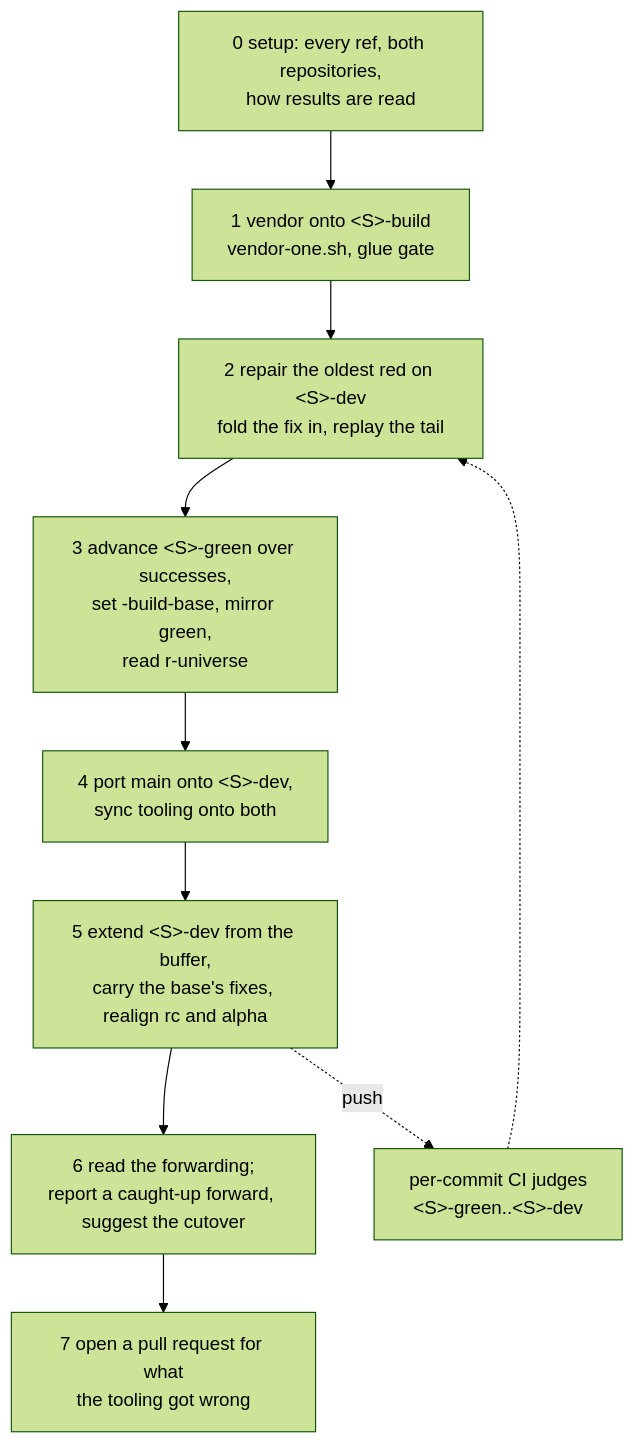
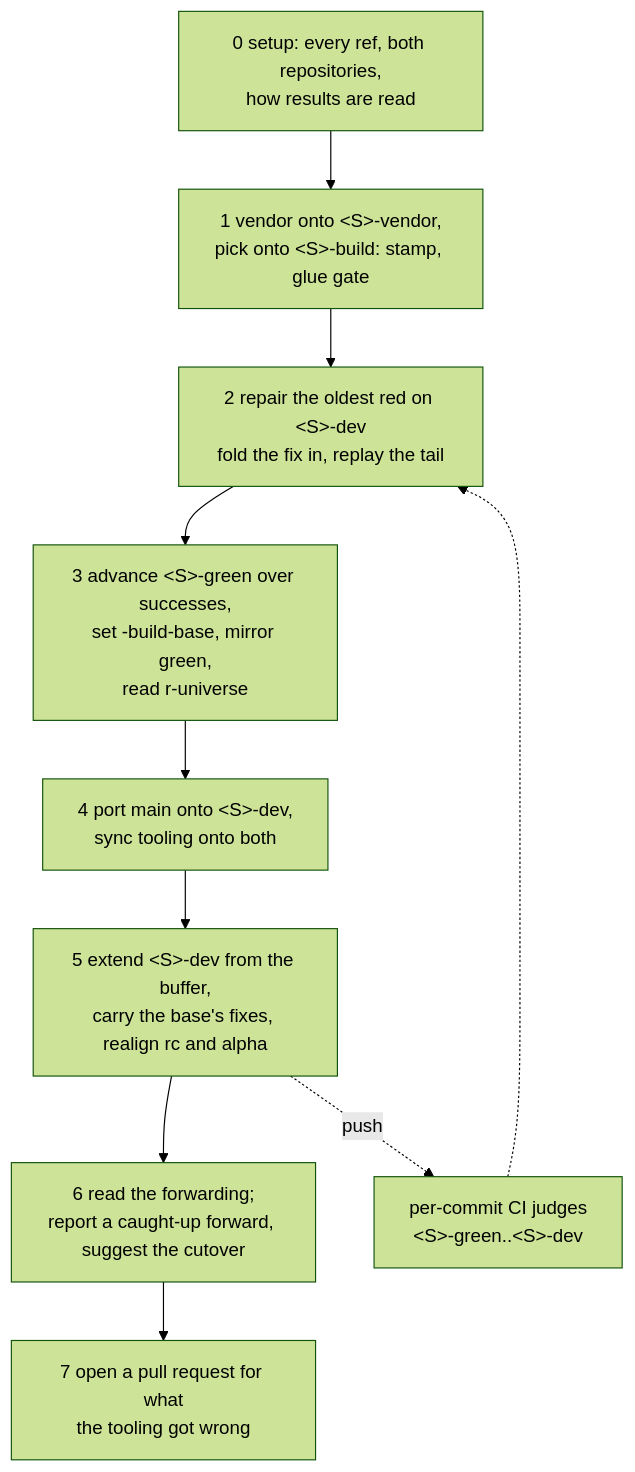
Before and after one commit to duckdb/duckdb-r: the diagram in handbook/operations/vendoring/series-loop/README.md, drawn with Mermaid (forest theme). The commit also changed other lines of this file and 20 other files, not shown here.

First line of the commit message:
feat(series): Vendor each commit once, onto a strand a forward rebases (#2910)

````diff
--- a/handbook/operations/vendoring/series-loop/README.md
+++ b/handbook/operations/vendoring/series-loop/README.md
@@ -119,13 +121,13 @@
 ```mermaid
 flowchart TD
   S0["0 setup: every ref, both repositories,<br>how results are read"] --> S1
-  S1["1 vendor onto #60;S#62;-build<br>vendor-one.sh, glue gate"] --> S2
+  S1["1 vendor onto #60;S#62;-vendor,<br>pick onto #60;S#62;-build: stamp, glue gate"] --> S2
   S2["2 repair the oldest red on #60;S#62;-dev<br>fold the fix in, replay the tail"] --> S3
   S3["3 advance #60;S#62;-green over successes,<br>set -build-base, mirror green,<br>read r-universe"] --> S4
   S4["4 port main onto #60;S#62;-dev,<br>sync tooling onto both"] --> S5
   S5["5 extend #60;S#62;-dev from the buffer,<br>carry the base's fixes, realign rc and alpha"] --> S6
   S6["6 read the forwarding;<br>report a caught-up forward, suggest the cutover"] --> S7
   S7["7 open a pull request for what<br>the tooling got wrong"]
   CI["per-commit CI judges<br>#60;S#62;-green..#60;S#62;-dev"] -.-> S2
   S5 -.->|push| CI
 ```
````
